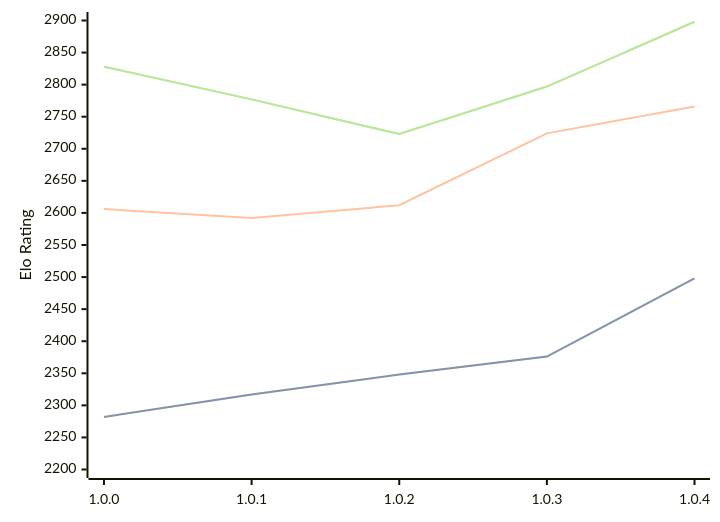
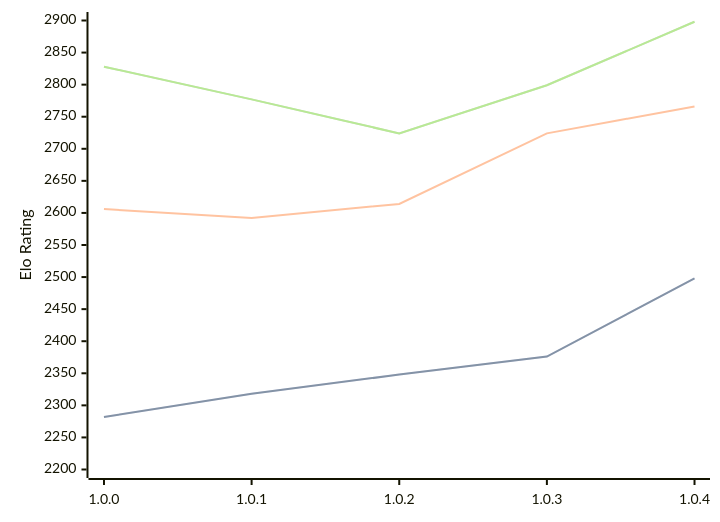
The diagram in engines/Grail.md (computer-chess-index/cci), drawn with Mermaid before and after one commit. The commit also changed other lines of this file, not shown here.

Commit message:
Update CCI Ratings (ELO VLTC) - 2026-02-18

````diff
--- a/engines/Grail.md
+++ b/engines/Grail.md
@@ -32,11 +32,11 @@
 ```mermaid
 %%{init: {"theme":"base","themeVariables":{"seriesColors:['#a3a3a3','#222221','#faa371']}}}%%
 xychart-beta
   x-axis ["1.0.0", "1.0.1", "1.0.2", "1.0.3", "1.0.4"]
   y-axis "Elo Rating" 2200 --> 2900
-  line "STC (8.0+0.08s)" [2282, 2317, 2348, 2376, 2498]
-  line "STC (8.0+0.08s)" [2282, 2317, 2348, 2376, 2498]
-  line "LTC (60.0+0.60s)" [2606, 2592, 2612, 2724, 2766]
-  line "VLTC (2m24s+1.12s)" [2828, 2777, 2723, 2797, 2898]
-  line "VLTC (2m24s+1.12s)" [2828, 2777, 2723, 2797, 2898]
+  line "STC (8.0+0.08s)" [2282, 2318, 2348, 2376, 2498]
+  line "STC (8.0+0.08s)" [2282, 2318, 2348, 2376, 2498]
+  line "LTC (60.0+0.60s)" [2606, 2592, 2614, 2724, 2766]
+  line "VLTC (2m24s+1.12s)" [2828, 2777, 2724, 2799, 2898]
+  line "VLTC (2m24s+1.12s)" [2828, 2777, 2724, 2799, 2898]
 ```
````
